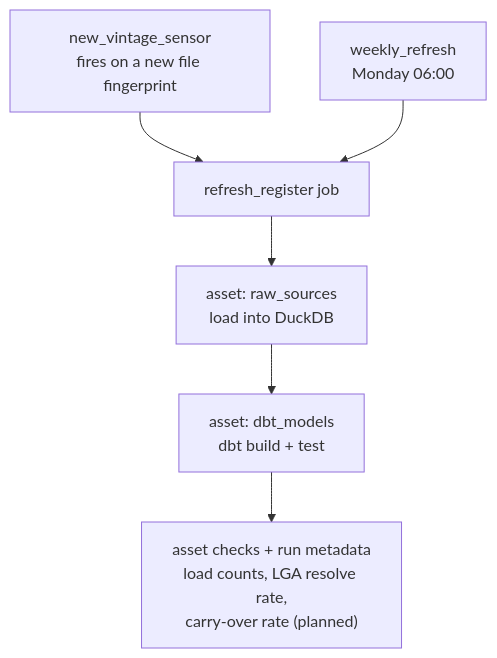
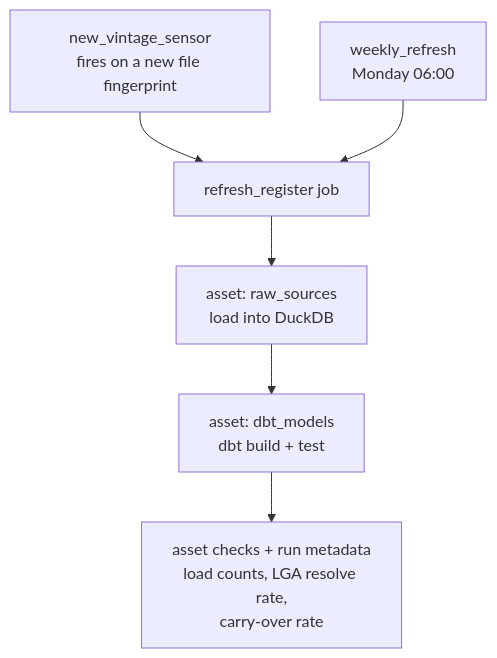
Before and after one commit to Behordeun/nigeria-facility-register: the third of 3 diagrams in docs/ARCHITECTURE.md, drawn with Mermaid. The commit also changed other lines of this file and 4 other files, not shown here.

````diff
--- a/docs/ARCHITECTURE.md
+++ b/docs/ARCHITECTURE.md
@@ -78,10 +78,10 @@
 ```mermaid
 flowchart TD
     SENSOR["new_vintage_sensor<br/>fires on a new file fingerprint"]
     SCHED["weekly_refresh<br/>Monday 06:00"]
     SENSOR --> JOB
     SCHED --> JOB
     JOB["refresh_register job"] --> A1["asset: raw_sources<br/>load into DuckDB"]
     A1 --> A2["asset: dbt_models<br/>dbt build + test"]
-    A2 --> CHECKS["asset checks + run metadata<br/>load counts, LGA resolve rate,<br/>carry-over rate (planned)"]
+    A2 --> CHECKS["asset checks + run metadata<br/>load counts, LGA resolve rate,<br/>carry-over rate"]
 ```
````
